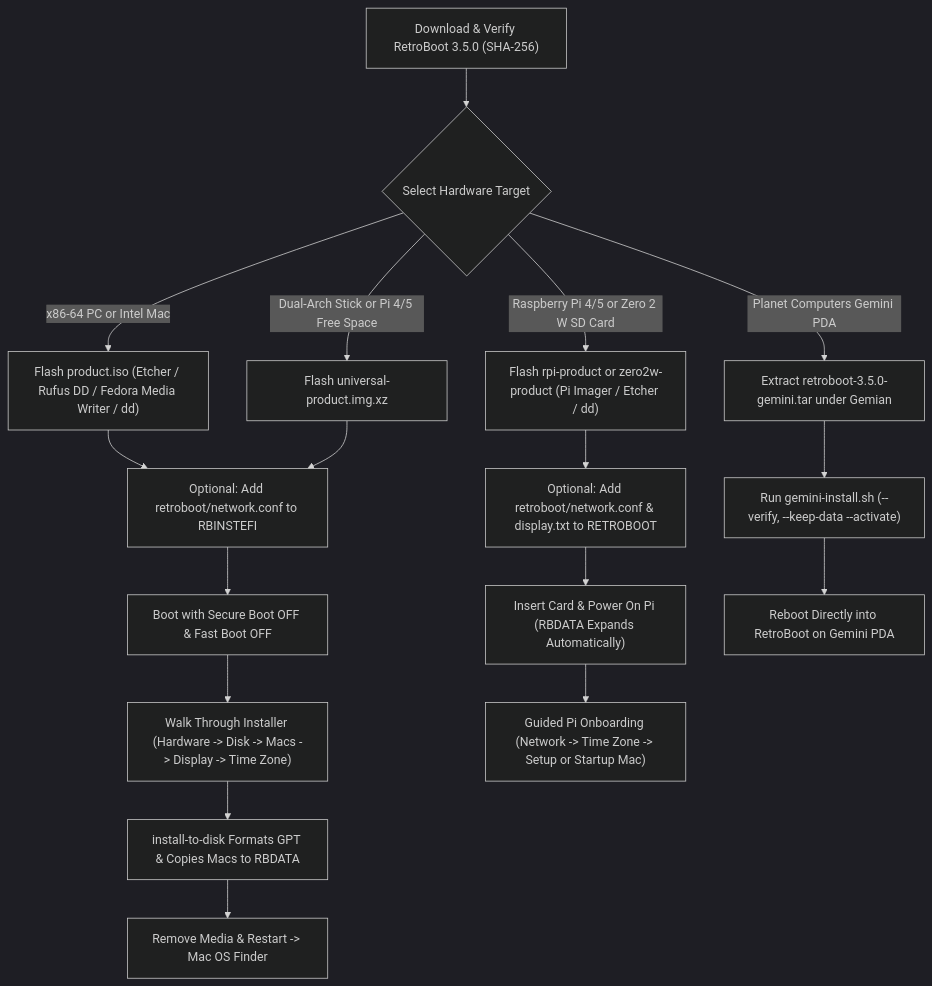
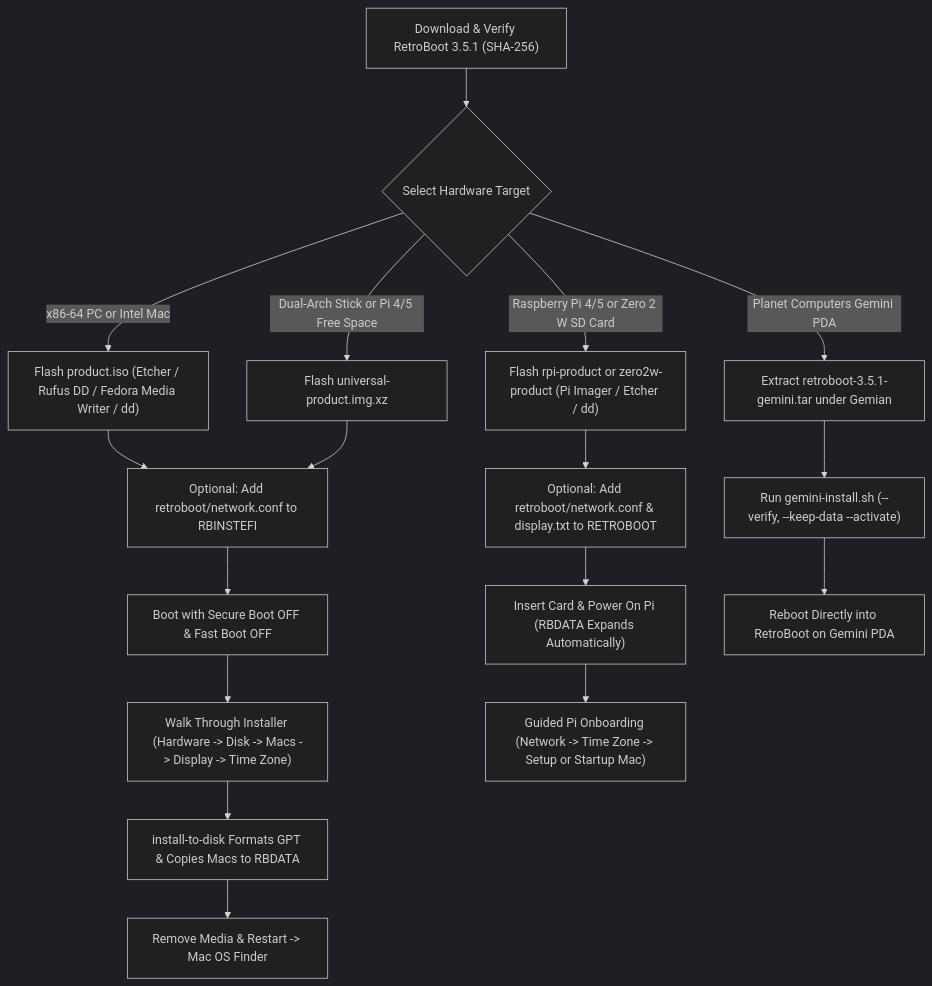
Before and after one commit to amcchord/RetroBoot: the diagram in docs/manual/03-installation.md, drawn with Mermaid (dark theme). The commit also changed other lines of this file and 43 other files, not shown here.

Commit message:
RetroBoot 3.5.1

````diff
--- a/docs/manual/03-installation.md
+++ b/docs/manual/03-installation.md
@@ -150,24 +158,24 @@
 ```mermaid
 flowchart TD
-    DL["Download & Verify RetroBoot 3.5.0 (SHA-256)"] --> Target{"Select Hardware Target"}
+    DL["Download & Verify RetroBoot 3.5.1 (SHA-256)"] --> Target{"Select Hardware Target"}
 
     Target -->|"x86-64 PC or Intel Mac"| ISO["Flash product.iso (Etcher / Rufus DD / Fedora Media Writer / dd)"]
     Target -->|"Dual-Arch Stick or Pi 4/5 Free Space"| Univ["Flash universal-product.img.xz"]
     Target -->|"Raspberry Pi 4/5 or Zero 2 W SD Card"| PiSD["Flash rpi-product or zero2w-product (Pi Imager / Etcher / dd)"]
-    Target -->|"Planet Computers Gemini PDA"| Gem["Extract retroboot-3.5.0-gemini.tar under Gemian"]
+    Target -->|"Planet Computers Gemini PDA"| Gem["Extract retroboot-3.5.1-gemini.tar under Gemian"]
 
     ISO --> OptWifi["Optional: Add retroboot/network.conf to RBINSTEFI"]
     Univ --> OptWifi
     PiSD --> OptWifiPi["Optional: Add retroboot/network.conf & display.txt to RETROBOOT"]
 
     OptWifi --> BootPC["Boot with Secure Boot OFF & Fast Boot OFF"]
     BootPC --> Walk["Walk Through Installer (Hardware -> Disk -> Macs -> Display -> Time Zone)"]
     Walk --> InstallDisk["install-to-disk Formats GPT & Copies Macs to RBDATA"]
     InstallDisk --> FinderPC["Remove Media & Restart -> Mac OS Finder"]
 
     OptWifiPi --> BootPi["Insert Card & Power On Pi (RBDATA Expands Automatically)"]
     BootPi --> PiReady["Guided Pi Onboarding (Network -> Time Zone -> Setup or Startup Mac)"]
 
     Gem --> GemCmd["Run gemini-install.sh (--verify, --keep-data --activate)"]
     GemCmd --> GemBoot["Reboot Directly into RetroBoot on Gemini PDA"]
 ```
````
